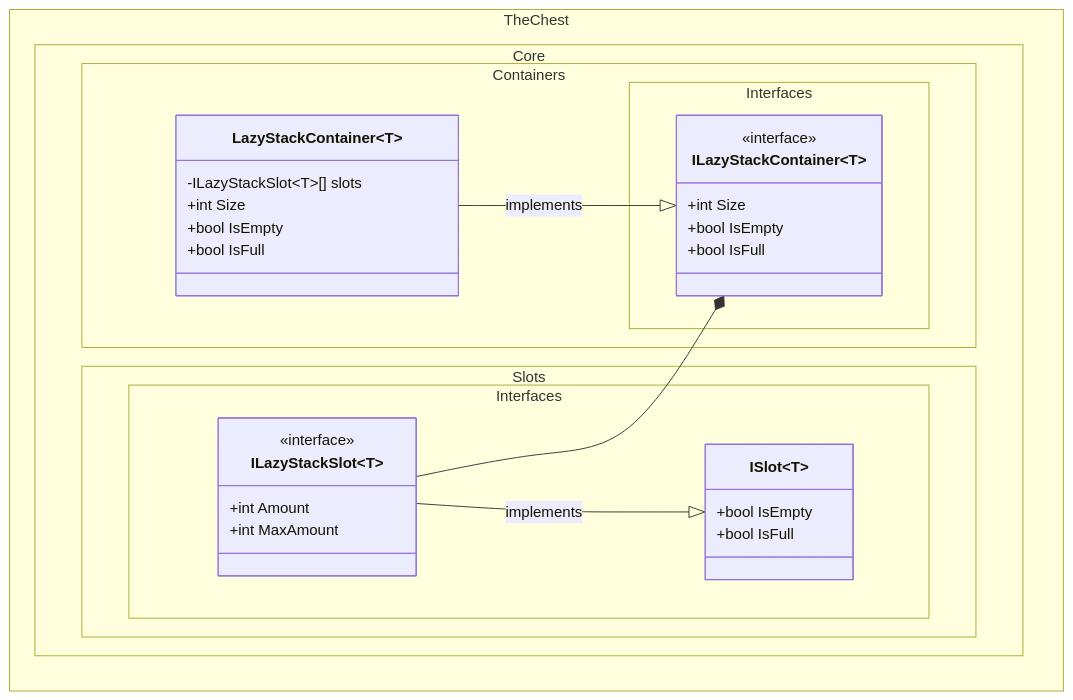
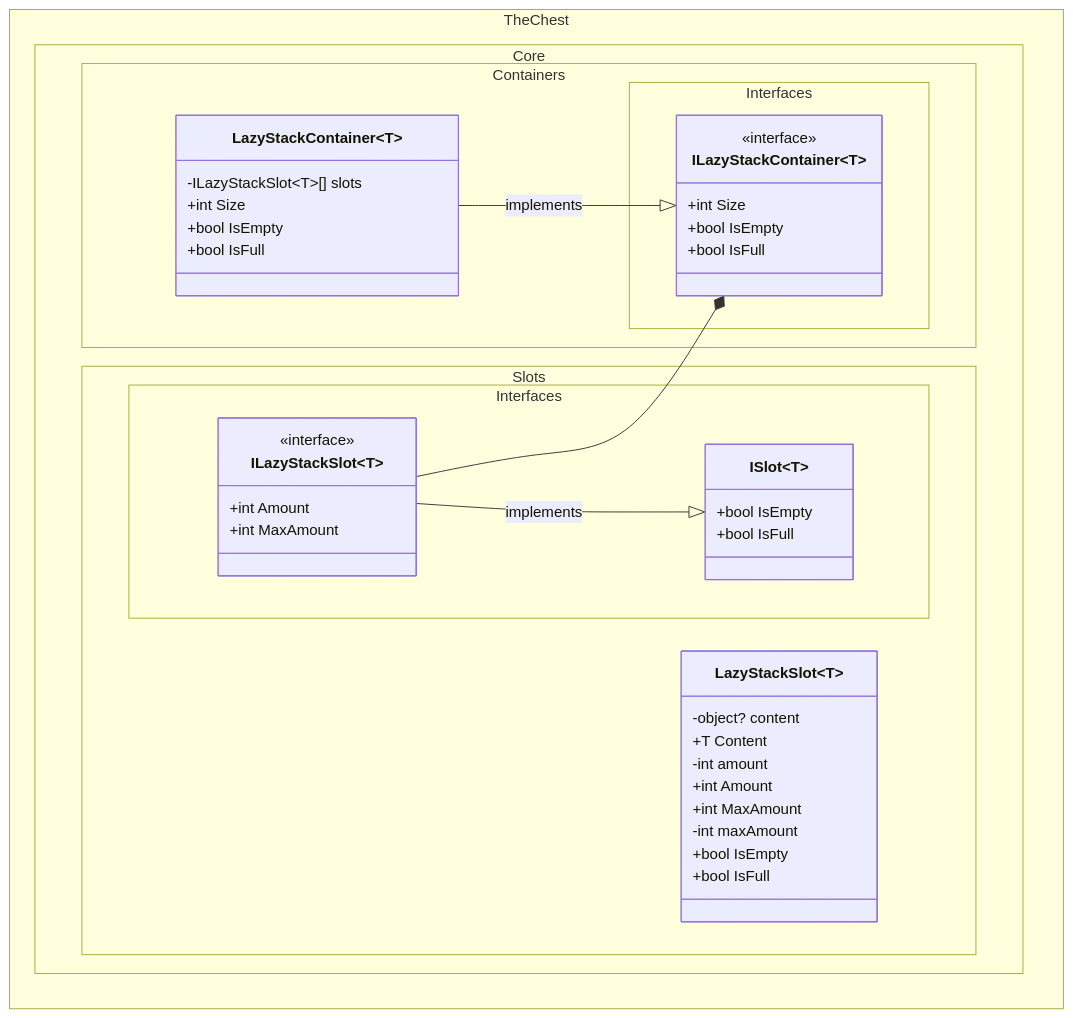
Before and after one commit to The-Chest/TheChest.Core: the third of 3 diagrams in docs/class_diagram.md, drawn with Mermaid. The commit also changed other lines of this file and 99 other files, not shown here.

````diff
--- a/docs/class_diagram.md
+++ b/docs/class_diagram.md
@@ -130,43 +135,56 @@
 ```mermaid
 ---
 config:
   theme: mc
   look: classic
   class:
     hideEmptyMembersBox: true
 ---
 classDiagram
 direction BT
 	namespace TheChest.Core.Containers.Interfaces {
 		class ILazyStackContainer~T~ {
 	        +int Size
 	        +bool IsEmpty
 	        +bool IsFull
         }
 	}
 	namespace TheChest.Core.Slots.Interfaces {
         class ISlot~T~ {
 	        +bool IsEmpty
 	        +bool IsFull
         }
         class ILazyStackSlot~T~ {
 			+int Amount
             +int MaxAmount
         }
 	}
 	namespace TheChest.Core.Containers {
 		class LazyStackContainer~T~ {
 			-ILazyStackSlot~T~[] slots
 			+int Size
 			+bool IsEmpty
 			+bool IsFull
         }
 	}
 
+	namespace TheChest.Core.Slots {
+		class LazyStackSlot~T~{
+			-object? content
+			+T Content
+			-int amount            
+			+int Amount
+			+int MaxAmount
+			-int maxAmount
+			+bool IsEmpty
+			+bool IsFull
+		}
+	}
+
 	<<interface>> ILazyStackContainer
     <<interface>> ILazyStackSlot
 
     LazyStackContainer --|> ILazyStackContainer : implements
     ILazyStackSlot --|> ISlot : implements
     ILazyStackSlot --* ILazyStackContainer
 ```
````
